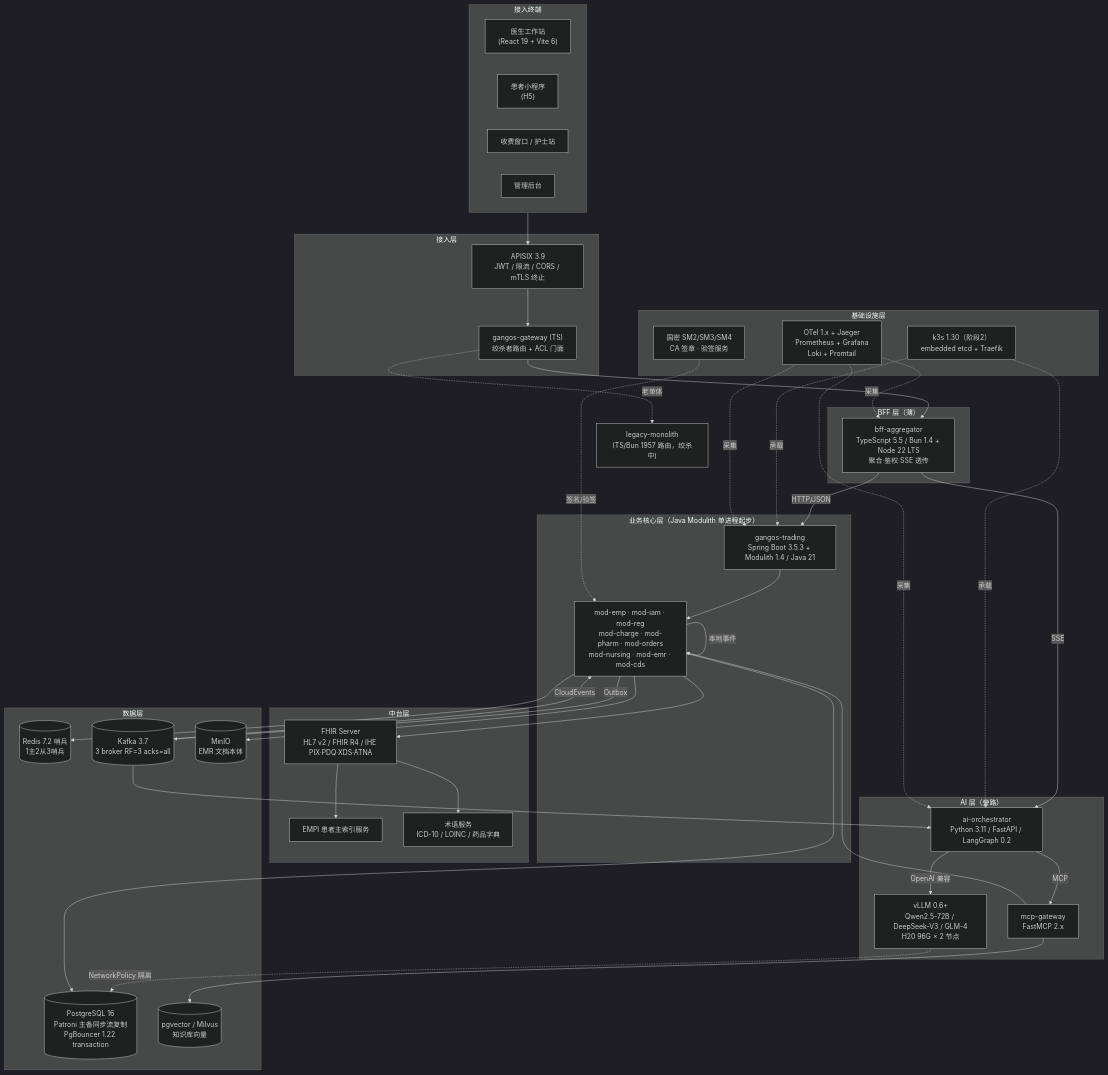
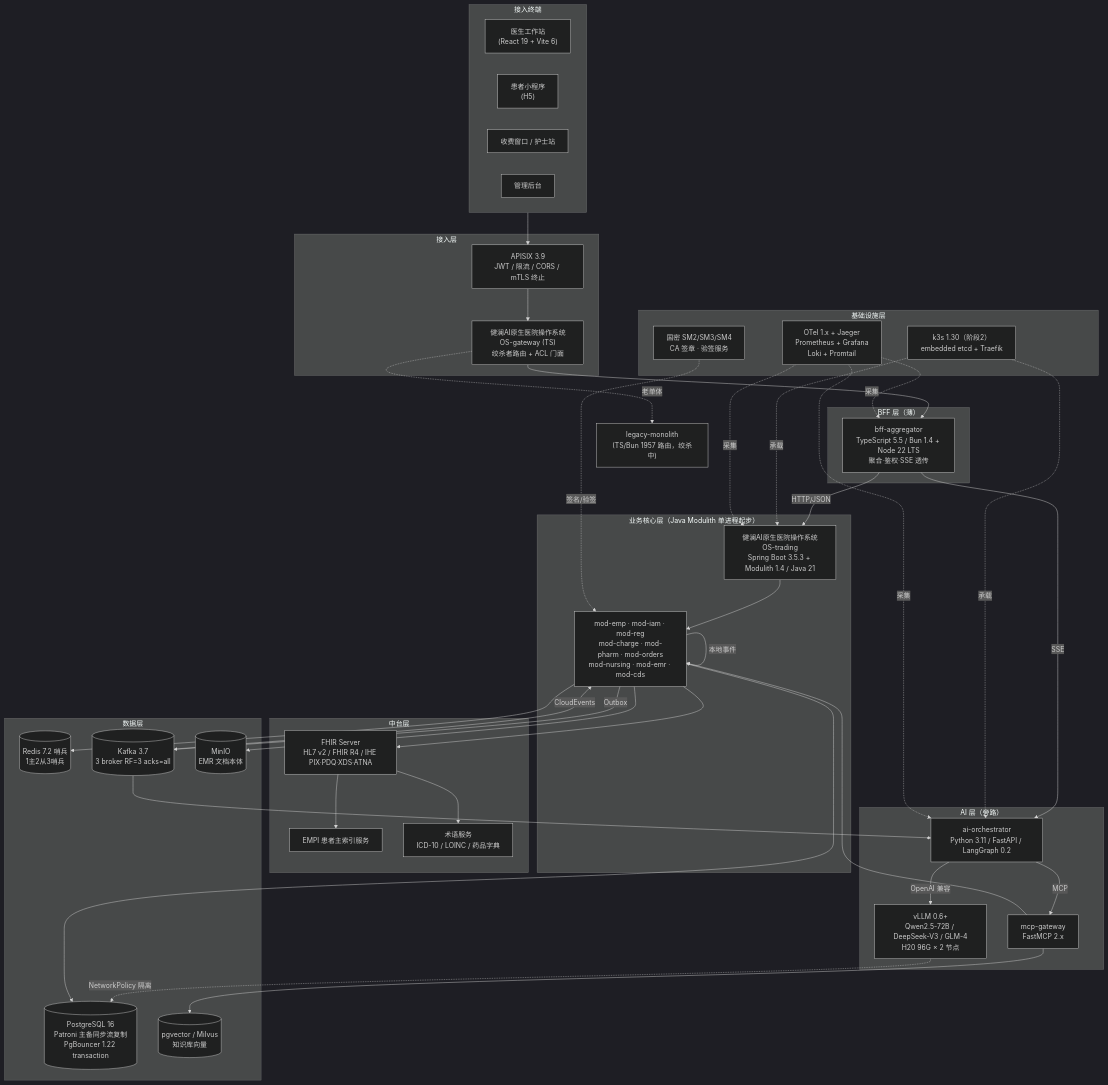
The diagram in docs/architecture/02-技术架构.md (chenweidaben/JLAIharnessos), drawn with Mermaid (dark theme) before and after one commit. The commit also changed other lines of this file and 18 other files, not shown here.

````diff
--- a/docs/architecture/02-技术架构.md
+++ b/docs/architecture/02-技术架构.md
@@ -17,82 +17,82 @@
 ```mermaid
 flowchart TB
     subgraph Clients["接入终端"]
         WS["医生工作站<br/>(React 19 + Vite 6)"]
         MP["患者小程序<br/>(H5)"]
         CW["收费窗口 / 护士站"]
         ADMIN["管理后台"]
     end
 
     subgraph Edge["接入层"]
         APISIX["APISIX 3.9<br/>JWT / 限流 / CORS / mTLS 终止"]
-        GW["gangos-gateway (TS)<br/>绞杀者路由 + ACL 门面"]
+        GW["健澜AI原生医院操作系统OS-gateway (TS)<br/>绞杀者路由 + ACL 门面"]
     end
 
     subgraph BFF["BFF 层（薄）"]
         BFF1["bff-aggregator<br/>TypeScript 5.5 / Bun 1.4 + Node 22 LTS<br/>聚合·鉴权·SSE 透传"]
     end
 
     subgraph JavaCore["业务核心层（Java Modulith 单进程起步）"]
-        MOD["gangos-trading<br/>Spring Boot 3.5.3 + Modulith 1.4 / Java 21"]
+        MOD["健澜AI原生医院操作系统OS-trading<br/>Spring Boot 3.5.3 + Modulith 1.4 / Java 21"]
         MODS["mod-emp · mod-iam · mod-reg<br/>mod-charge · mod-pharm · mod-orders<br/>mod-nursing · mod-emr · mod-cds"]
     end
 
     subgraph AI["AI 层（旁路）"]
         AIO["ai-orchestrator<br/>Python 3.11 / FastAPI / LangGraph 0.2"]
         MCPG["mcp-gateway<br/>FastMCP 2.x"]
         VLLM["vLLM 0.6+<br/>Qwen2.5-72B / DeepSeek-V3 / GLM-4<br/>H20 96G × 2 节点"]
     end
 
     subgraph Mid["中台层"]
         FHIR["FHIR Server<br/>HL7 v2 / FHIR R4 / IHE PIX·PDQ·XDS·ATNA"]
         EMPI["EMPI 患者主索引服务"]
         TERM["术语服务<br/>ICD-10 / LOINC / 药品字典"]
     end
 
     subgraph Data["数据层"]
         PG[("PostgreSQL 16<br/>Patroni 主备同步流复制<br/>PgBouncer 1.22 transaction")]
         RD[("Redis 7.2 哨兵<br/>1主2从3哨兵")]
         KF[("Kafka 3.7<br/>3 broker RF=3 acks=all")]
         MINIO[("MinIO<br/>EMR 文档本体")]
         VEC[("pgvector / Milvus<br/>知识库向量")]
     end
 
     subgraph Infra["基础设施层"]
         K3S["k3s 1.30（阶段2）<br/>embedded etcd + Traefik"]
         OBS["OTel 1.x + Jaeger<br/>Prometheus + Grafana<br/>Loki + Promtail"]
         VAULT["国密 SM2/SM3/SM4<br/>CA 签章 · 验签服务"]
     end
 
     Clients --> APISIX
     APISIX --> GW
     GW --> BFF1
     GW -.老单体.-> LEGACY["legacy-monolith<br/>(TS/Bun 1957 路由，绞杀中)"]
 
     BFF1 -->|HTTP/JSON| MOD
     BFF1 -->|SSE| AIO
     MOD --> MODS
     MODS -->|本地事件| MODS
     MODS -->|Outbox| KF
     KF -->|CloudEvents| MODS
     KF --> AIO
 
     AIO -->|MCP| MCPG
     MCPG --> MODS
     MCPG --> VEC
     AIO -->|OpenAI 兼容| VLLM
     VLLM -. NetworkPolicy 隔离 .-> PG
 
     MODS --> PG
     MODS --> RD
     MODS --> MINIO
     MODS --> FHIR
     FHIR --> EMPI
     FHIR --> TERM
 
     K3S -.承载.-> MOD
     K3S -.承载.-> AIO
     OBS -.采集.-> MOD
     OBS -.采集.-> AIO
     OBS -.采集.-> BFF1
     VAULT -.签名/验签.-> MODS
 ```
````
